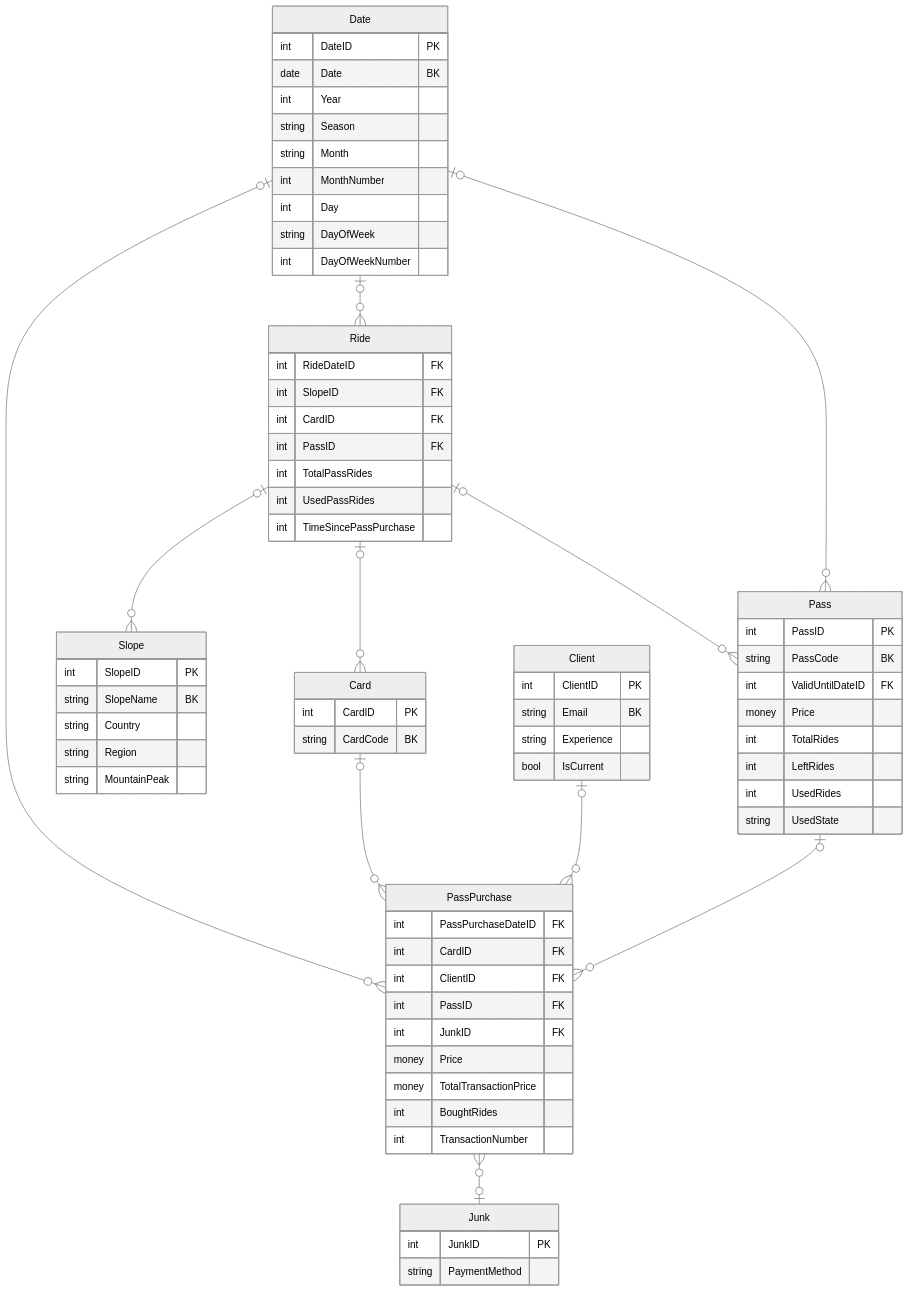
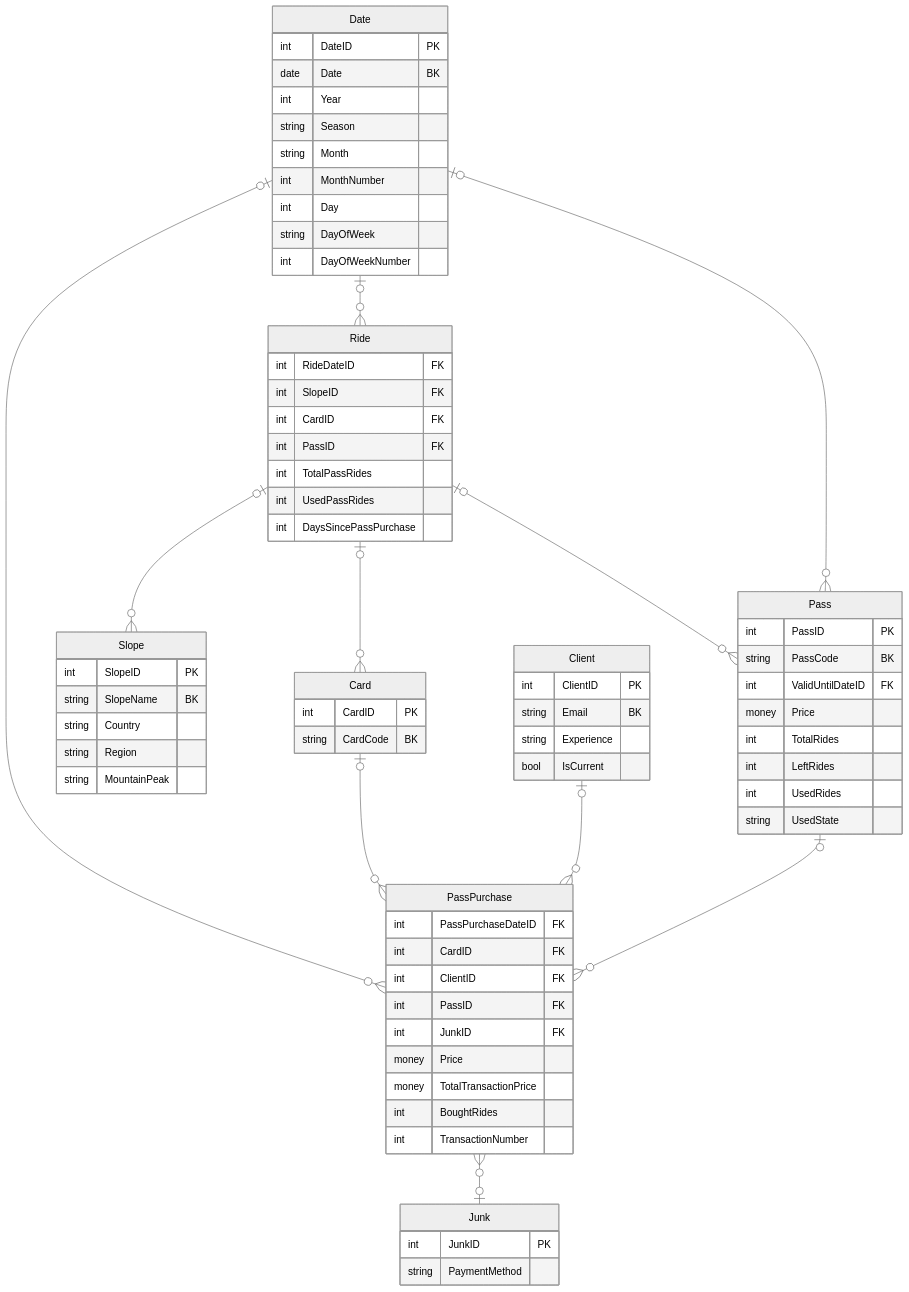
One commit to Nasus20202/hurtownie-danych changed the diagram in docs/data-warehouse-design/schema.mmd. Above: the diagram before and after it, drawn with Mermaid (neutral theme). The commit also changed 3 other files, not shown here.

Commit message:
chore: rename TimeSincePassPurchase to DaysSincePassPurchase

```diff
--- a/docs/data-warehouse-design/schema.mmd
+++ b/docs/data-warehouse-design/schema.mmd
@@ -1,81 +1,81 @@
 erDiagram
     Date |o--o{ Ride : ""
     Ride |o--o{ Pass : ""
     Ride |o--o{ Slope : ""
     Ride |o--o{ Card : ""
     Date |o--o{ PassPurchase : ""
     Card |o--o{ PassPurchase : ""
     Client |o--o{ PassPurchase : ""
     Date |o--o{ Pass : ""
     Pass |o--o{ PassPurchase : ""
     PassPurchase }o--o| Junk : ""
 
 Client {
     int ClientID "PK"
     string Email "BK"
     string Experience
     bool IsCurrent
 }
 
 Card {
     int CardID "PK"
     string CardCode "BK"
 }
 
 Date {
     int DateID "PK"
     date Date "BK"
     int Year
     string Season
     string Month
     int MonthNumber
     int Day
     string DayOfWeek
     int DayOfWeekNumber
 }
 
 Junk {
     int JunkID "PK"
     string PaymentMethod
 }
 
 Pass {
     int PassID "PK"
     string PassCode "BK"
     int ValidUntilDateID "FK"
     money Price
     int TotalRides
     int LeftRides
     int UsedRides
     string UsedState
 }
 
 PassPurchase {
     int PassPurchaseDateID "FK"
     int CardID "FK"
     int ClientID "FK"
     int PassID "FK"
     int JunkID "FK"
     money Price
     money TotalTransactionPrice
     int BoughtRides
     int TransactionNumber
 }
 
 Ride {
     int RideDateID "FK"
     int SlopeID "FK"
     int CardID "FK"
     int PassID "FK"
     int TotalPassRides
     int UsedPassRides
-    int TimeSincePassPurchase
+    int DaysSincePassPurchase
 }
 
 Slope {
     int SlopeID "PK"
     string SlopeName "BK"
     string Country
     string Region
     string MountainPeak
 }
```
